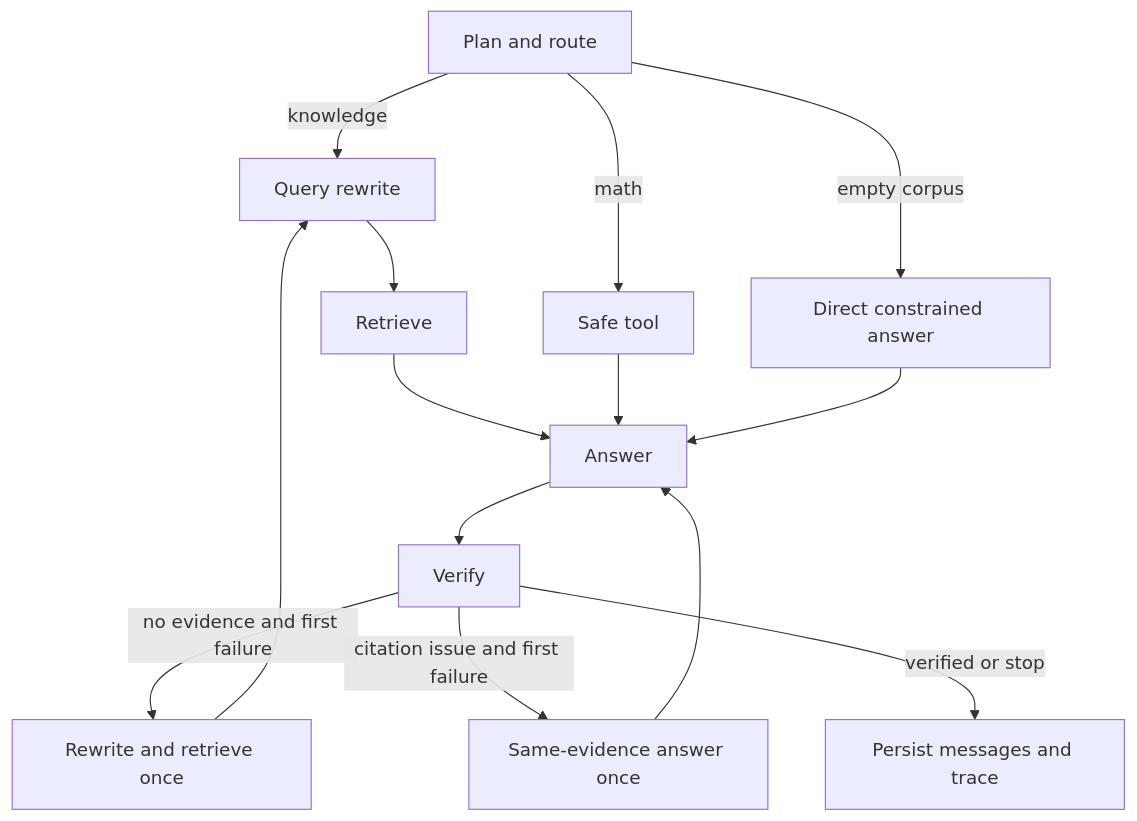
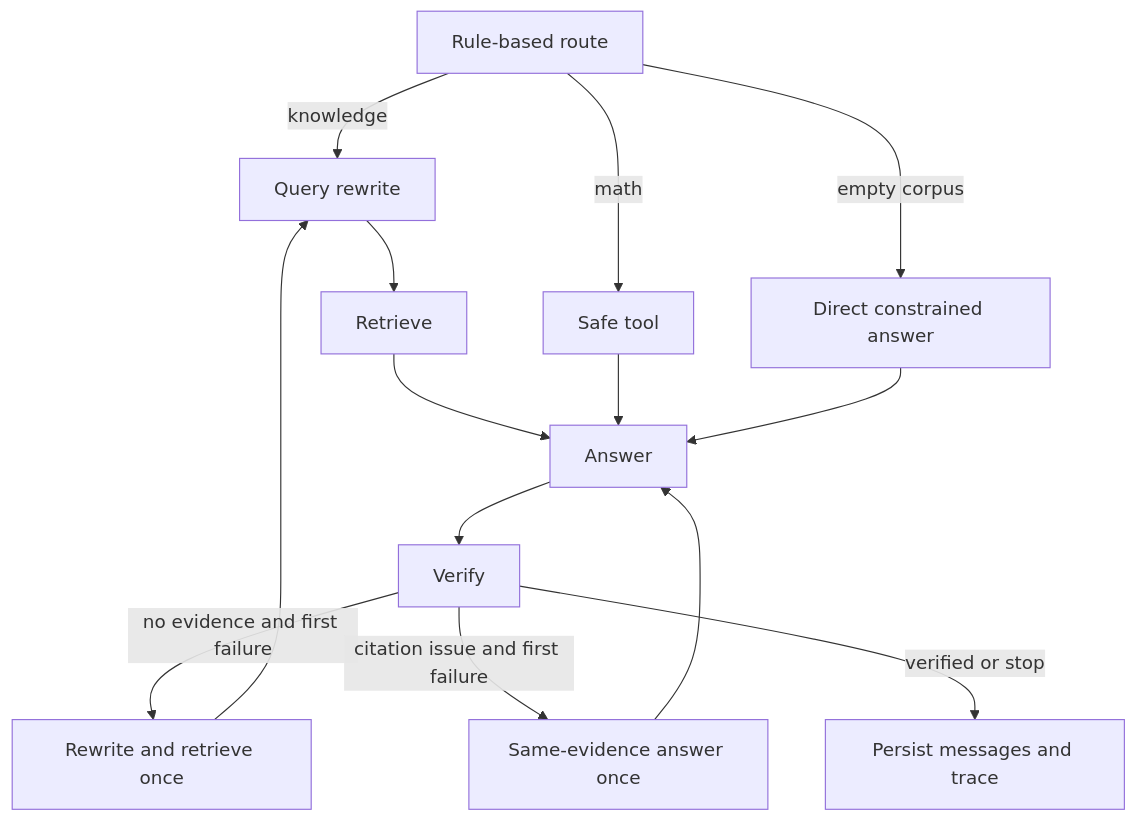
The fifth of 14 diagrams in docs/knowledge-maps.md (francis3253161180-maker/researchflow-agent), drawn with Mermaid before and after one commit. The commit also changed 15 other files, not shown here.

Commit message:
refactor: rename plan node to route

````diff
--- a/docs/knowledge-maps.md
+++ b/docs/knowledge-maps.md
@@ -102,21 +102,21 @@
 ```mermaid
 flowchart TB
-    PLAN[Plan and route]
+    ROUTE[Rule-based route]
     REWRITE[Query rewrite]
     RAG[Retrieve]
     TOOL[Safe tool]
     DIRECT[Direct constrained answer]
     ANSWER[Answer]
     VERIFY[Verify]
     RETRY_RETRIEVE[Rewrite and retrieve once]
     RETRY_ANSWER[Same-evidence answer once]
     PERSIST[Persist messages and trace]
 
-    PLAN -->|knowledge| REWRITE --> RAG --> ANSWER
-    PLAN -->|math| TOOL --> ANSWER
-    PLAN -->|empty corpus| DIRECT --> ANSWER
+    ROUTE -->|knowledge| REWRITE --> RAG --> ANSWER
+    ROUTE -->|math| TOOL --> ANSWER
+    ROUTE -->|empty corpus| DIRECT --> ANSWER
     ANSWER --> VERIFY
     VERIFY -->|no evidence and first failure| RETRY_RETRIEVE --> REWRITE
     VERIFY -->|citation issue and first failure| RETRY_ANSWER --> ANSWER
     VERIFY -->|verified or stop| PERSIST
 ```
````
